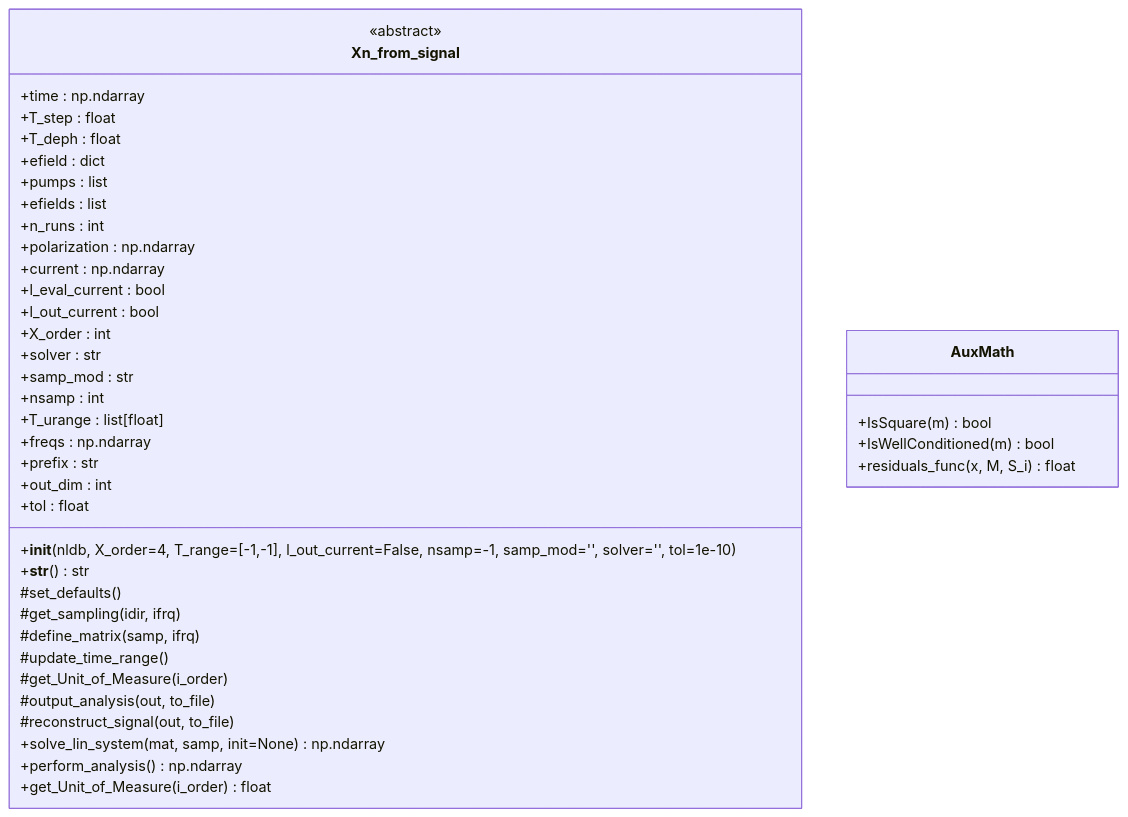
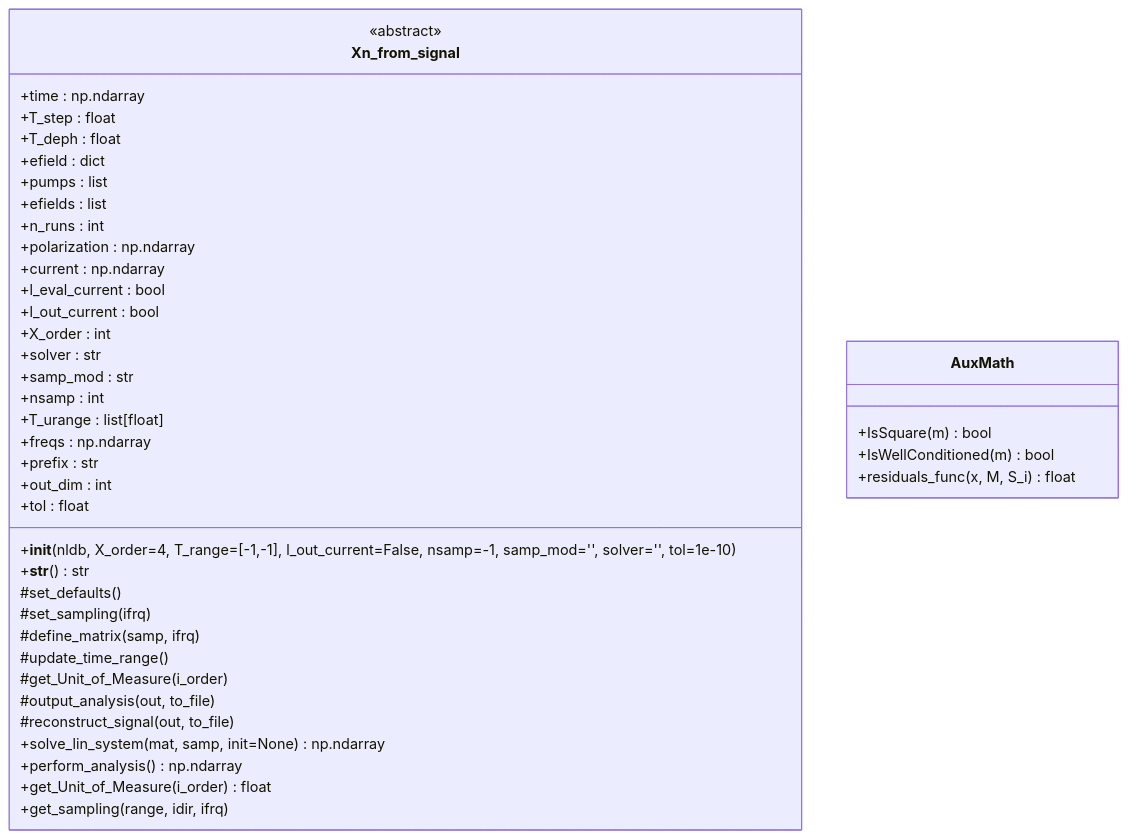
Before and after one commit to rreho/yambopy: the second of 4 diagrams in yambopy/nl/Xn_from_signal_doc.md, drawn with Mermaid. The commit also changed other lines of this file, not shown here.

````diff
--- a/yambopy/nl/Xn_from_signal_doc.md
+++ b/yambopy/nl/Xn_from_signal_doc.md
@@ -74,54 +77,55 @@
 ```mermaid
 classDiagram
     class Xn_from_signal {
         <<abstract>>
         %% --- Attributes ---
         +time : np.ndarray
         +T_step : float
         +T_deph : float
         +efield : dict
         +pumps : list
         +efields : list
         +n_runs : int
         +polarization : np.ndarray
         +current : np.ndarray
         +l_eval_current : bool
         +l_out_current : bool
         +X_order : int
         +solver : str
         +samp_mod : str
         +nsamp : int
         +T_urange : list[float]
         +freqs : np.ndarray
         +prefix : str
         +out_dim : int
         +tol : float
 
         %% --- Constructor ---
         +__init__(nldb, X_order=4, T_range=[-1,-1], l_out_current=False, nsamp=-1, samp_mod='', solver='', tol=1e-10)
 
         %% --- Special ---
         +__str__() str
 
         %% --- Abstract hooks ---
         #set_defaults()
-        #get_sampling(idir, ifrq)
+        #set_sampling(ifrq)
         #define_matrix(samp, ifrq)
         #update_time_range()
         #get_Unit_of_Measure(i_order)   
         #output_analysis(out, to_file)
         #reconstruct_signal(out, to_file)
 
         %% --- Concrete methods ---
         +solve_lin_system(mat, samp, init=None) np.ndarray
         +perform_analysis() np.ndarray
         +get_Unit_of_Measure(i_order) float
+        +get_sampling(range, idir, ifrq)
     }
 
     %% Auxiliary (module-level) functions for completeness
     class AuxMath {
         +IsSquare(m) bool
         +IsWellConditioned(m) bool
         +residuals_func(x, M, S_i) float
     }
 ```
````
